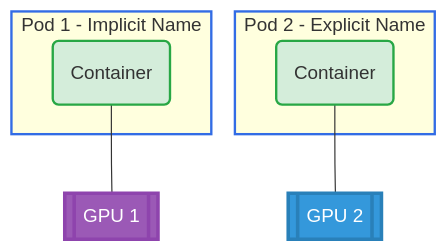
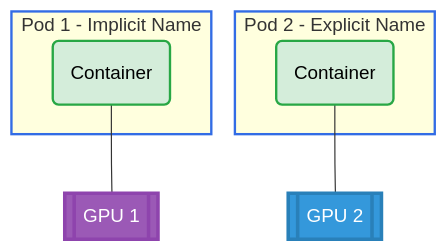
One commit to kubernetes-sigs/dra-example-driver changed the diagram in demo/examples/extended-resource-request/README.md. Above: the diagram before and after it, drawn with Mermaid. The commit also changed 10 other files, not shown here.

````diff
--- a/demo/examples/extended-resource-request/README.md
+++ b/demo/examples/extended-resource-request/README.md
@@ -13,20 +13,20 @@
 ```mermaid
 graph TD
     subgraph Pod1 [Pod 1 - Implicit Name]
         C1(Container) 
     end
     subgraph Pod2 [Pod 2 - Explicit Name]
         C2(Container) 
     end
     G1[[GPU 1]]
     G2[[GPU 2]]
     C1 --- G1
     C2 --- G2
 
     style Pod1 stroke:#326ce5,stroke-width:2px
     style Pod2 stroke:#326ce5,stroke-width:2px
-    style C1 fill:#d4edda,stroke:#28a745,stroke-width:2px
-    style C2 fill:#d4edda,stroke:#28a745,stroke-width:2px
+    style C1 fill:#d4edda,color:#000,stroke:#28a745,stroke-width:2px
+    style C2 fill:#d4edda,color:#000,stroke:#28a745,stroke-width:2px
     style G1 fill:#9b59b6,color:#fff,stroke:#8e44ad,stroke-width:3px
     style G2 fill:#3498db,color:#fff,stroke:#2980b9,stroke-width:3px
 ```
````
